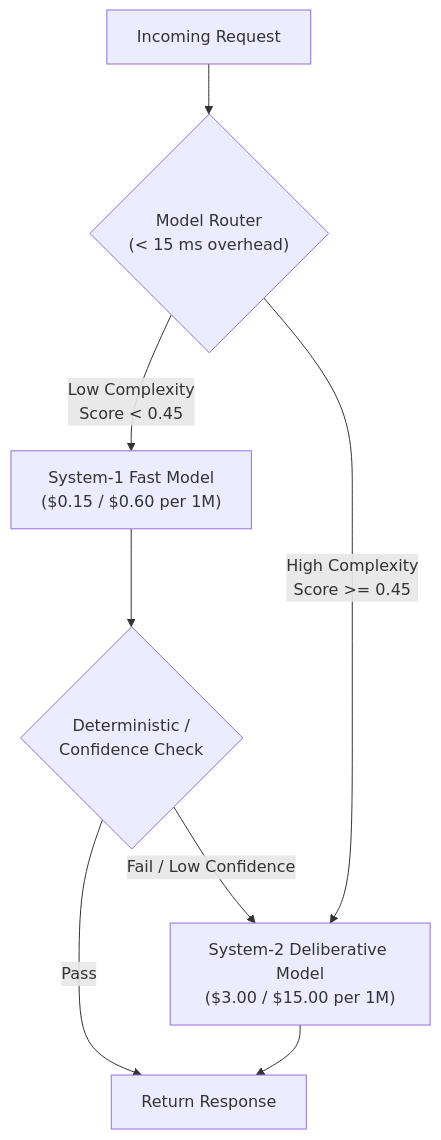
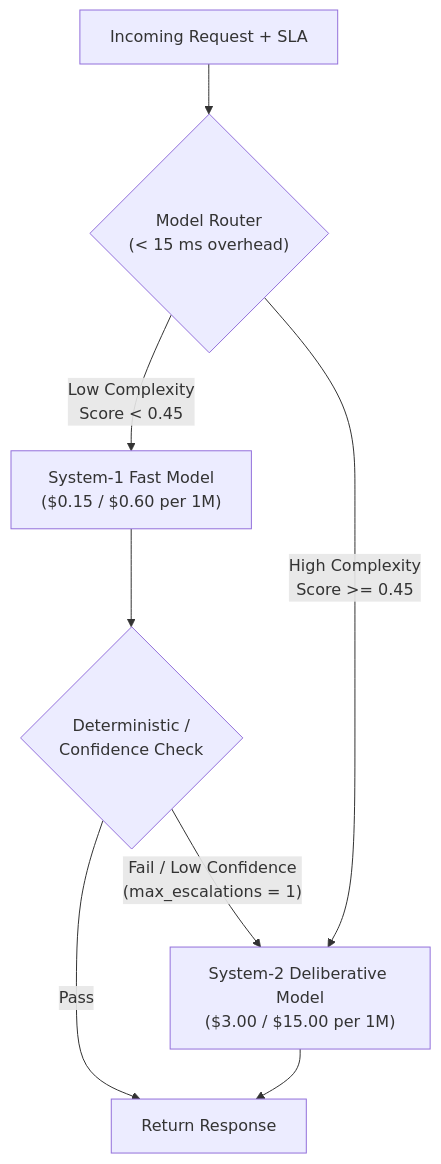
The first of 2 diagrams in Lecture 08 - Model Routing and Harness Velocity/notes/02_Dynamic_Complexity_Based_Model_Routing.md (Amie-dev/FDE-and-GenAI-Mastery), drawn with Mermaid before and after one commit. The commit also changed other lines of this file and 92 other files, not shown here.

````diff
--- a/Lecture 08 - Model Routing and Harness Velocity/notes/02_Dynamic_Complexity_Based_Model_Routing.md
+++ b/Lecture 08 - Model Routing and Harness Velocity/notes/02_Dynamic_Complexity_Based_Model_Routing.md
@@ -26,10 +27,10 @@
 ```mermaid
 flowchart TD
-    Req["Incoming Request"] --> Router{"Model Router<br/>(< 15 ms overhead)"}
+    Req["Incoming Request + SLA"] --> Router{"Model Router<br/>(< 15 ms overhead)"}
     Router -->|"Low Complexity<br/>Score < 0.45"| S1["System-1 Fast Model<br/>($0.15 / $0.60 per 1M)"]
     Router -->|"High Complexity<br/>Score >= 0.45"| S2["System-2 Deliberative Model<br/>($3.00 / $15.00 per 1M)"]
     S1 --> Gate{"Deterministic /<br/>Confidence Check"}
     Gate -->|"Pass"| Out["Return Response"]
-    Gate -->|"Fail / Low Confidence"| S2
+    Gate -->|"Fail / Low Confidence<br/>(max_escalations = 1)"| S2
     S2 --> Out
 ```
````
